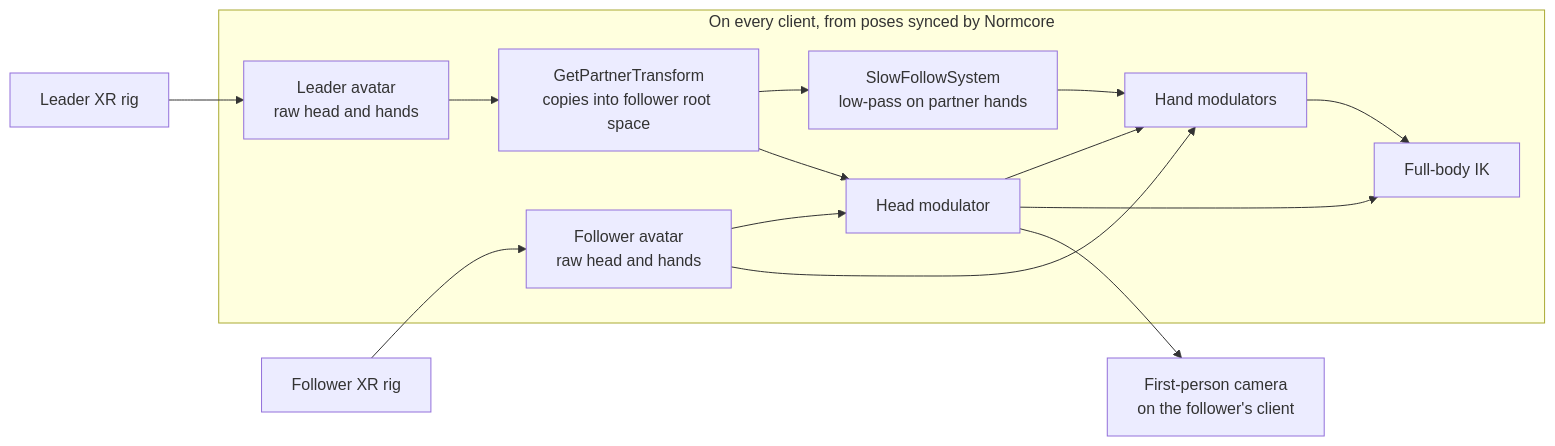
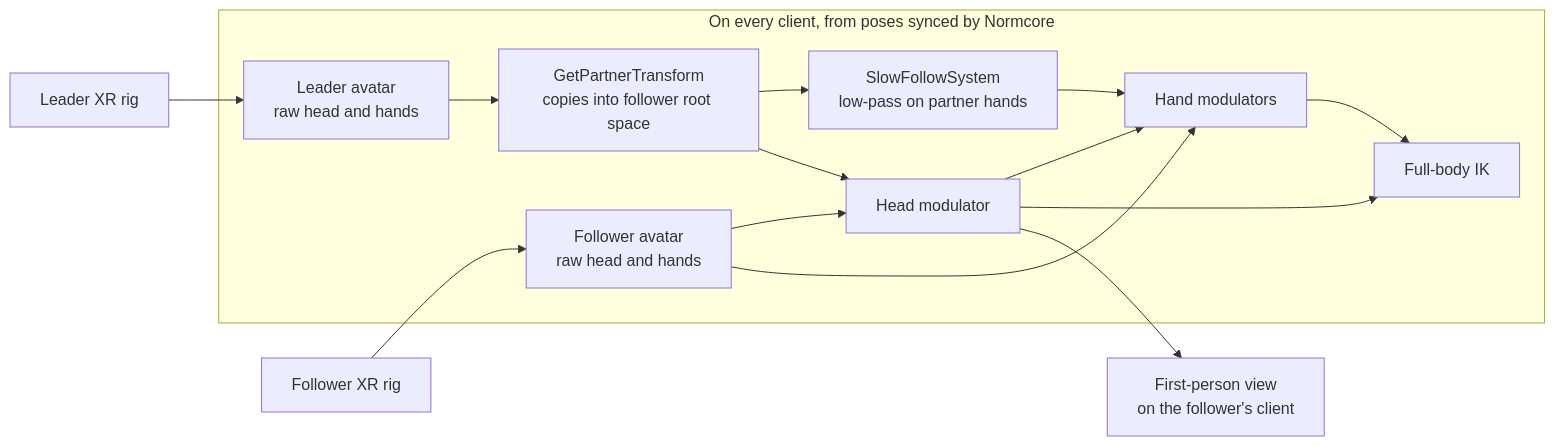
The diagram in README.md (JiahaoLiu5/social-leading-vr), drawn with Mermaid before and after one commit. The commit also changed other lines of this file and 990 other files, not shown here.

````diff
--- a/README.md
+++ b/README.md
@@ -70,18 +87,18 @@
 ```mermaid
 flowchart LR
   LX[Leader XR rig] --> LR
   FX[Follower XR rig] --> FR
   subgraph EV["On every client, from poses synced by Normcore"]
     LR[Leader avatar<br/>raw head and hands] --> GP[GetPartnerTransform<br/>copies into follower root space]
     FR[Follower avatar<br/>raw head and hands]
     GP --> SL[SlowFollowSystem<br/>low-pass on partner hands]
     GP --> HD[Head modulator]
     SL --> HA[Hand modulators]
     FR --> HD
     FR --> HA
     HD --> HA
     HD --> IK[Full-body IK]
     HA --> IK
   end
-  HD --> CAM[First-person camera<br/>on the follower's client]
+  HD --> CAM[First-person view<br/>on the follower's client]
 ```
````
